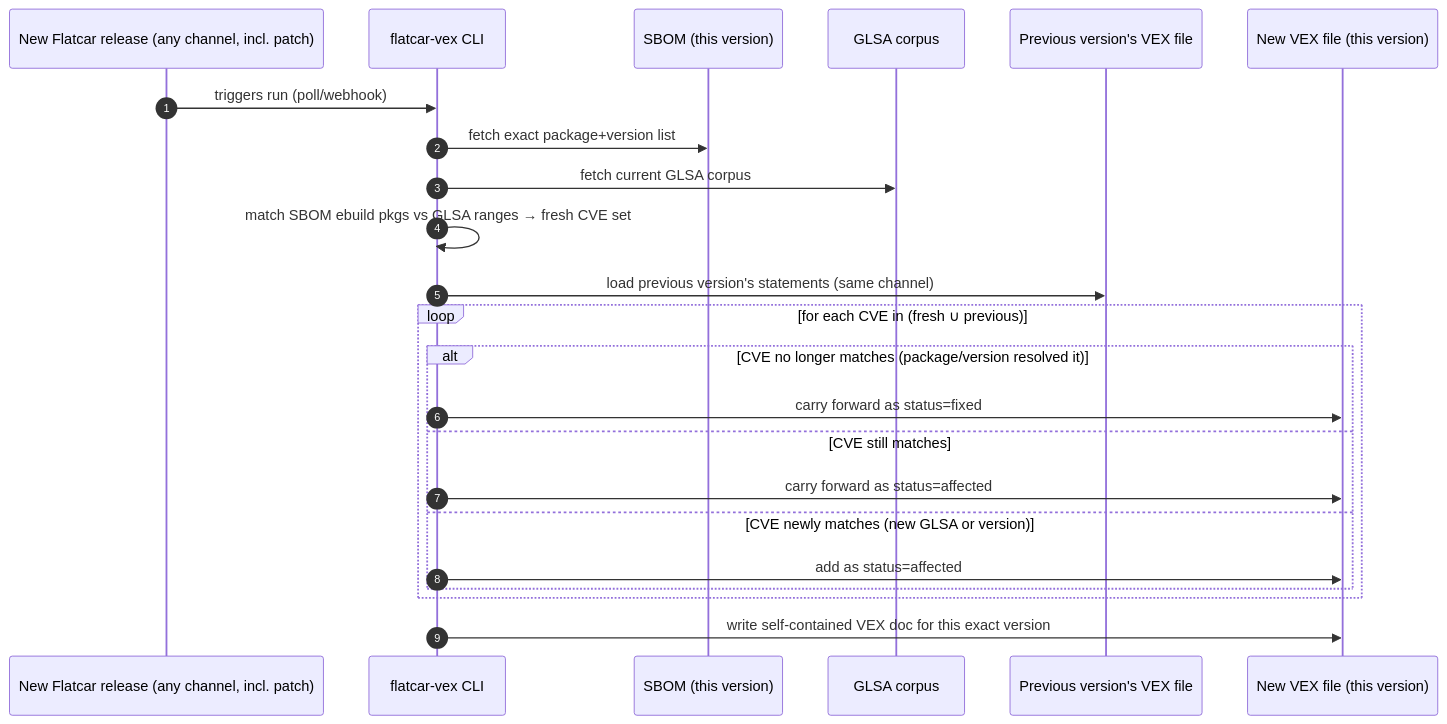
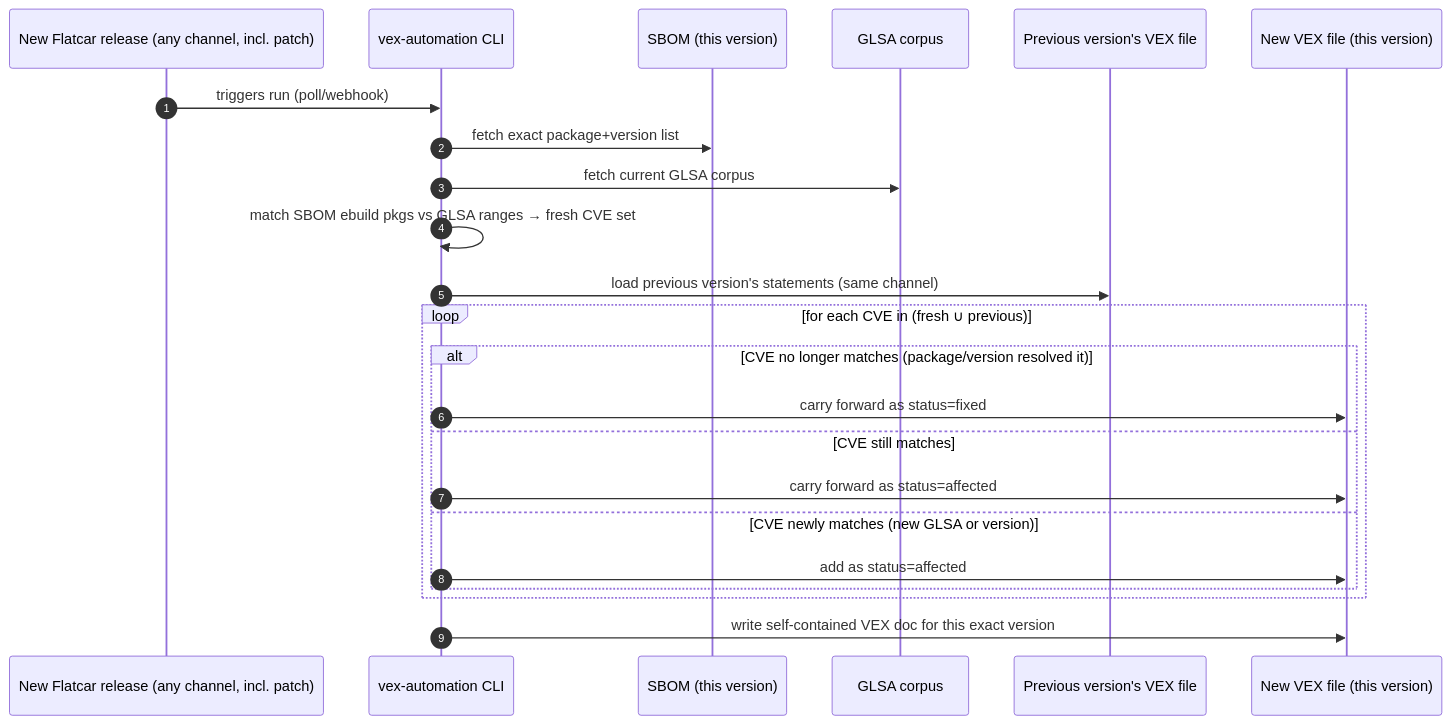
One commit to flatcar/vex-automation changed the third of 3 diagrams in docs/plan.md. Above: the diagram before and after it, drawn with Mermaid. The commit also changed other lines of this file and 11 other files, not shown here.

````diff
--- a/docs/plan.md
+++ b/docs/plan.md
@@ -164,26 +162,26 @@
 ```mermaid
 sequenceDiagram
     autonumber
     participant Rel as New Flatcar release (any channel, incl. patch)
-    participant CLI as flatcar-vex CLI
+    participant CLI as vex-automation CLI
     participant SBOM as SBOM (this version)
     participant GLSA as GLSA corpus
     participant Prev as Previous version's VEX file
     participant Out as New VEX file (this version)
 
     Rel->>CLI: triggers run (poll/webhook)
     CLI->>SBOM: fetch exact package+version list
     CLI->>GLSA: fetch current GLSA corpus
     CLI->>CLI: match SBOM ebuild pkgs vs GLSA ranges → fresh CVE set
     CLI->>Prev: load previous version's statements (same channel)
     loop for each CVE in (fresh ∪ previous)
         alt CVE no longer matches (package/version resolved it)
             CLI->>Out: carry forward as status=fixed
         else CVE still matches
             CLI->>Out: carry forward as status=affected
         else CVE newly matches (new GLSA or version)
             CLI->>Out: add as status=affected
         end
     end
     CLI->>Out: write self-contained VEX doc for this exact version
 ```
````
